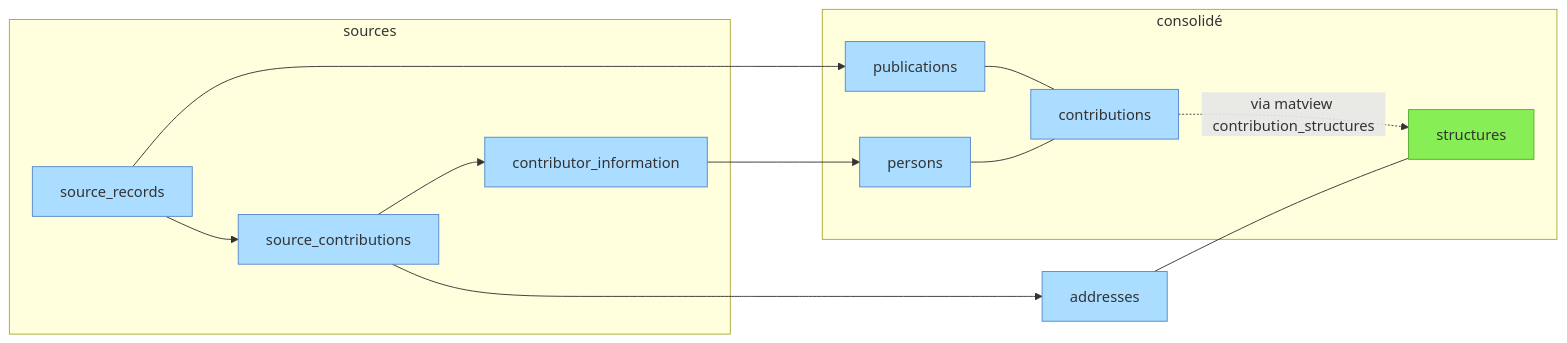
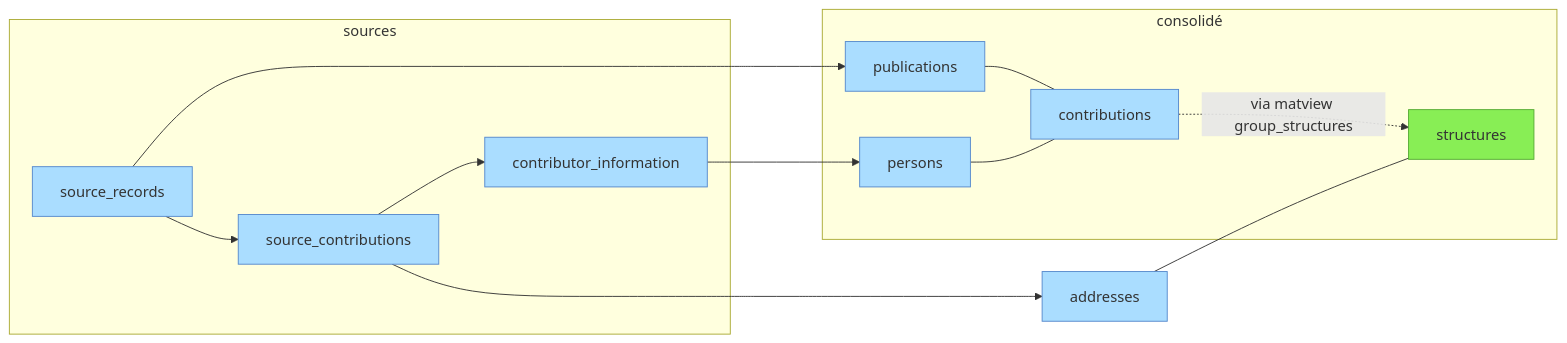
One commit to Y33sha/bibliometrie-uca changed the second of 2 diagrams in docs/donnees/01-vue-d-ensemble.md. Above: the diagram before and after it, drawn with Mermaid. The commit also changed 18 other files, not shown here.

First line of the commit message:
refactor(contributions): suppression de la vue contribution_structures

````diff
--- a/docs/donnees/01-vue-d-ensemble.md
+++ b/docs/donnees/01-vue-d-ensemble.md
@@ -42,22 +42,22 @@
 ```mermaid
 flowchart LR
     subgraph sources
         source_records-->source_contributions
         source_contributions-->contributor_information
     end
     subgraph consolidé
         publications---contributions
         persons---contributions
-        contributions-.->|via matview contribution_structures|structures
+        contributions-.->|via matview group_structures|structures
 
     end
     source_contributions-->addresses
     source_records--->publications
     contributor_information--->persons
     addresses---structures
 
     classDef manuel  fill:#8e5,stroke:#5a3
     classDef auto fill:#adf,stroke:#58c
     class structures manuel;
     class source_contributions,source_records,publications,contributions,persons,addresses,contributor_information auto
 ```
````
